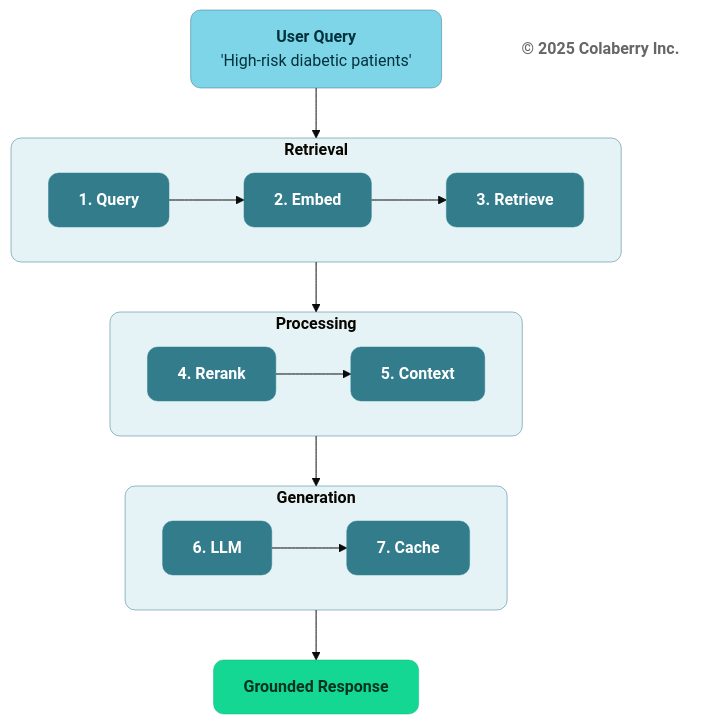
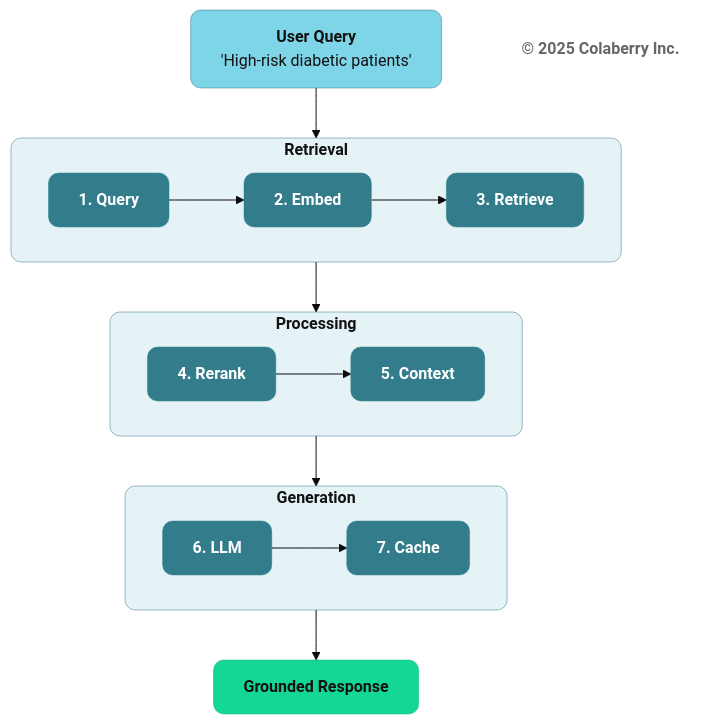
The seventh of 13 diagrams in manuscript/06_chapter_5_intelligence_layers.md (saitejesh-cyber/trust-before-intelligence-book), drawn with Mermaid (base theme) before and after one commit. The commit also changed other lines of this file and 12 other files, not shown here.

````diff
--- a/manuscript/06_chapter_5_intelligence_layers.md
+++ b/manuscript/06_chapter_5_intelligence_layers.md
@@ -594,45 +594,45 @@
 ```mermaid
 graph TB
     Q["<b>User Query</b><br/>'High-risk diabetic patients'"]
     
     subgraph ROW1["<b>Retrieval</b>"]
         direction LR
         S1["<b>1. Query</b>"] --> S2["<b>2. Embed</b>"] --> S3["<b>3. Retrieve</b>"]
     end
     
     subgraph ROW2["<b>Processing</b>"]
         direction LR
         S4["<b>4. Rerank</b>"] --> S5["<b>5. Context</b>"]
     end
     
     subgraph ROW3["<b>Generation</b>"]
         direction LR
         S6["<b>6. LLM</b>"] --> S7["<b>7. Cache</b>"]
     end
     
     RESULT["<b>Grounded Response</b>"]
     
     Q --> ROW1
     ROW1 --> ROW2
     ROW2 --> ROW3
     ROW3 --> RESULT
     
     Copyright["<b>© 2025 Colaberry Inc.</b>"]
     
-    style Q fill:#7FD5E8,stroke:#32738C,stroke-width:0.5px,color:#00323D,rx:10,ry:10
+    style Q fill:#7FD5E8,stroke:#32738C,stroke-width:0.5px,color:#121212,rx:10,ry:10
     
-    style ROW1 fill:#E6F3F6,stroke:#32738C,stroke-width:0.5px,rx:10,ry:10
-    style ROW2 fill:#E6F3F6,stroke:#32738C,stroke-width:0.5px,rx:10,ry:10
-    style ROW3 fill:#E6F3F6,stroke:#32738C,stroke-width:0.5px,rx:10,ry:10
+    style ROW1 fill:#E6F3F6,stroke:#32738C,stroke-width:0.5px,color:#121212,rx:10,ry:10
+    style ROW2 fill:#E6F3F6,stroke:#32738C,stroke-width:0.5px,color:#121212,rx:10,ry:10
+    style ROW3 fill:#E6F3F6,stroke:#32738C,stroke-width:0.5px,color:#121212,rx:10,ry:10
     
     style S1 fill:#327C8C,stroke:#30838C,stroke-width:0.5px,color:#ffffff,rx:10,ry:10
     style S2 fill:#327C8C,stroke:#30838C,stroke-width:0.5px,color:#ffffff,rx:10,ry:10
     style S3 fill:#327C8C,stroke:#30838C,stroke-width:0.5px,color:#ffffff,rx:10,ry:10
     style S4 fill:#327C8C,stroke:#30838C,stroke-width:0.5px,color:#ffffff,rx:10,ry:10
     style S5 fill:#327C8C,stroke:#30838C,stroke-width:0.5px,color:#ffffff,rx:10,ry:10
     style S6 fill:#327C8C,stroke:#30838C,stroke-width:0.5px,color:#ffffff,rx:10,ry:10
     style S7 fill:#327C8C,stroke:#30838C,stroke-width:0.5px,color:#ffffff,rx:10,ry:10
     
-    style RESULT fill:#14D793,color:#003322,stroke:#0FB67D,stroke-width:0.5px,rx:10,ry:10
+    style RESULT fill:#14D793,color:#003322,stroke:#0FB67D,stroke-width:0.5px,color:#121212,rx:10,ry:10
     style Copyright fill:none,stroke:none,color:#666666
 ```
````
